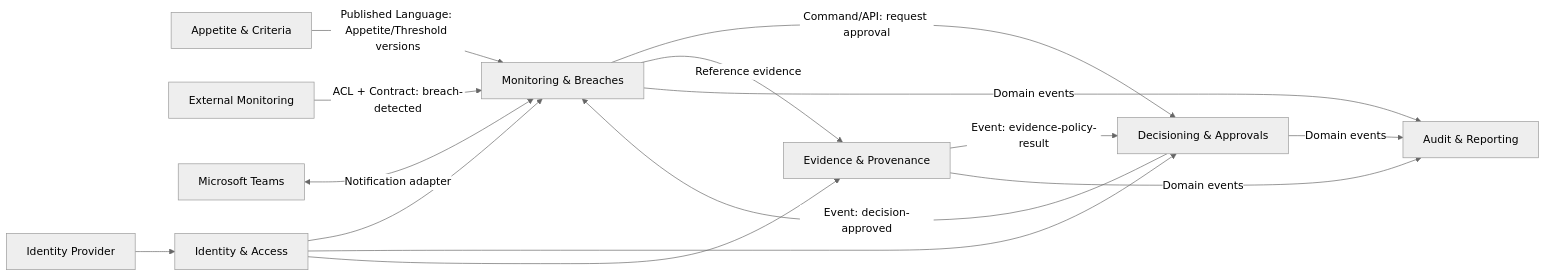
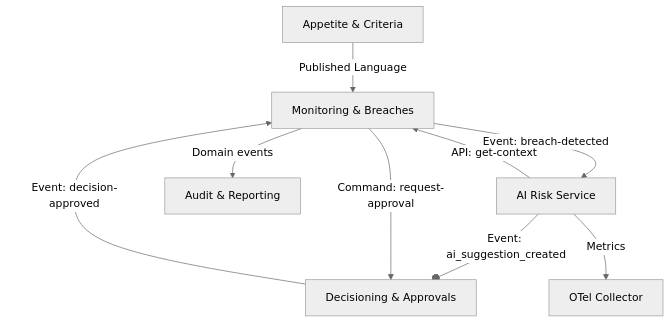
The diagram in content/enterprise-architecture/04-solutions/context-map.md (Domtellis/erm-platform), drawn with Mermaid (neutral theme) before and after one commit. The commit also changed other lines of this file and 158 other files, not shown here.

````diff
--- a/content/enterprise-architecture/04-solutions/context-map.md
+++ b/content/enterprise-architecture/04-solutions/context-map.md
@@ -7,18 +7,12 @@
 ```mermaid
-flowchart LR
-  AC[Appetite & Criteria] -- "Published Language: Appetite/Threshold versions" --> MB[Monitoring & Breaches]
-  MB -- "Command/API: request approval" --> DA[Decisioning & Approvals]
+flowchart TD
+  MB[Monitoring & Breaches] -- "Event: breach-detected" --> AI[AI Risk Service]
+  AI -- "API: get-context" --> MB
+  AI -- "Event: ai_suggestion_created" --o DA[Decisioning & Approvals]
+  
+  AC[Appetite & Criteria] -- "Published Language" --> MB
+  MB -- "Command: request-approval" --> DA
   DA -- "Event: decision-approved" --> MB
-  MB -- "Reference evidence" --> EP[Evidence & Provenance]
-  EP -- "Event: evidence-policy-result" --> DA
   MB -- "Domain events" --> AR[Audit & Reporting]
-  DA -- "Domain events" --> AR
-  EP -- "Domain events" --> AR
-
-  EXT[External Monitoring] -- "ACL + Contract: breach-detected" --> MB
-  TEAMS[Microsoft Teams] <-- Notification adapter --> MB
-  IDP[Identity Provider] --> IA[Identity & Access]
-  IA --> MB
-  IA --> DA
-  IA --> EP
+  AI -- "Metrics" --> OT[OTel Collector]
 ```
````
